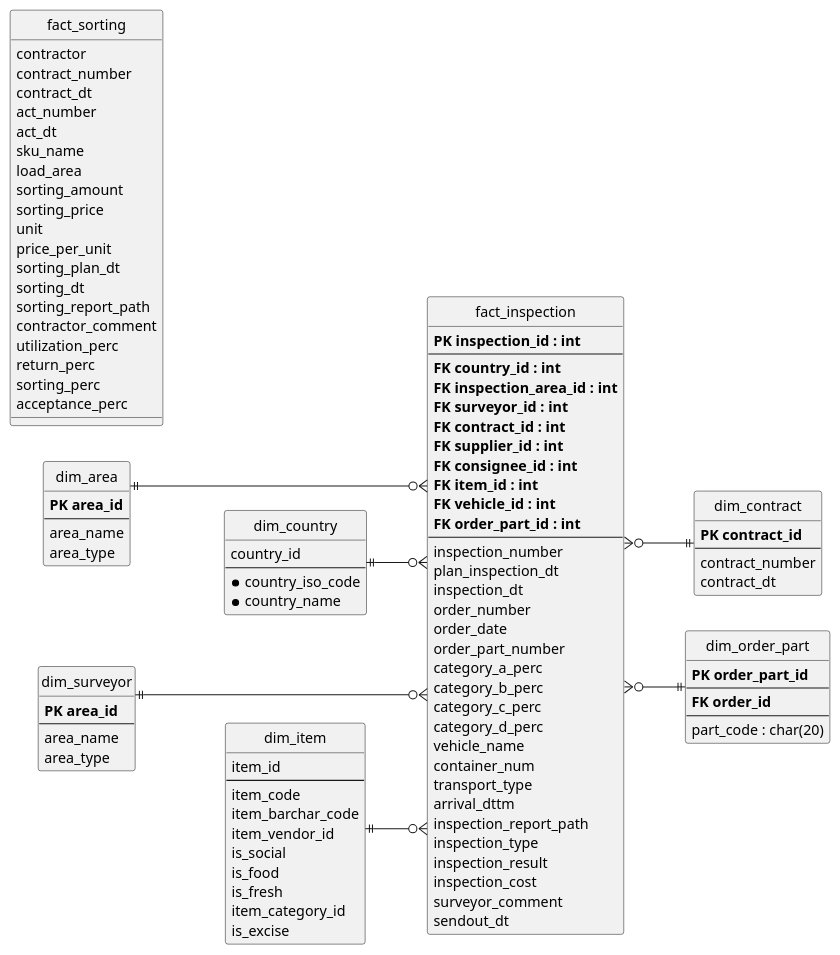
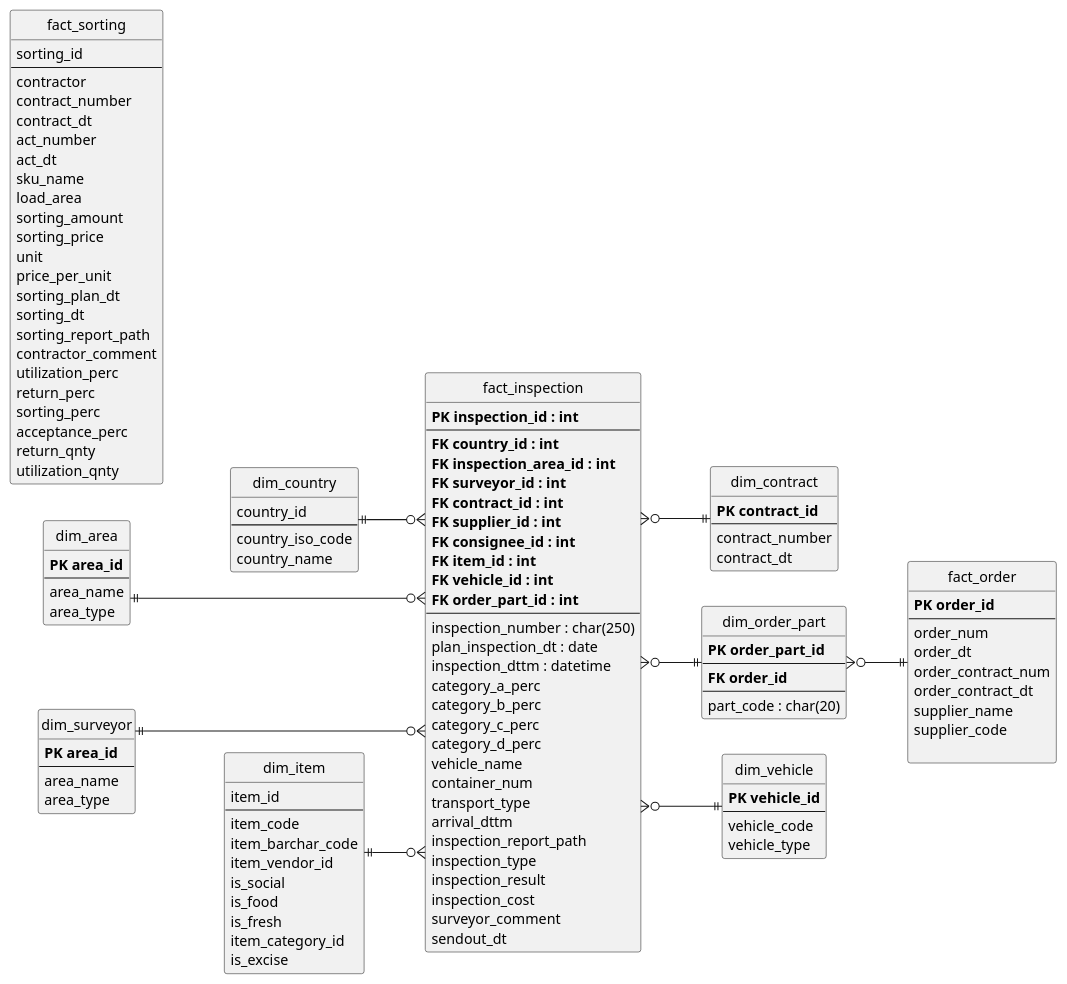
One commit to rsnlearn/karpov_hard_de_40 changed the diagram in 01_dwh_design/08_project/erd/inspections_dimensional_modelling.puml. Above: the diagram before and after it, drawn with PlantUML. The commit also changed 1 other file, not shown here.

Commit message:
update erd

```diff
--- a/01_dwh_design/08_project/erd/inspections_dimensional_modelling.puml
+++ b/01_dwh_design/08_project/erd/inspections_dimensional_modelling.puml
@@ -1,126 +1,148 @@
 @startuml name "inspection dimensional modelling"
 ' hide the spot
 hide circle
 
 left to right direction
 
 ' avoid problems with angled crows feet
 skinparam linetype ortho
 
 entity fact_inspection {
     **PK inspection_id : int**
     --
     **FK country_id : int**
     **FK inspection_area_id : int**
     **FK surveyor_id : int**
     **FK contract_id : int**
     **FK supplier_id : int**
     **FK consignee_id : int**
     **FK item_id : int**
     **FK vehicle_id : int**
     **FK order_part_id : int**
     --
-    inspection_number
-    plan_inspection_dt
-    inspection_dt
-    order_number
-    order_date
-    order_part_number
+    inspection_number : char(250)
+    plan_inspection_dt : date
+    inspection_dttm : datetime
     category_a_perc
     category_b_perc
     category_c_perc
     category_d_perc
     vehicle_name
     container_num
     transport_type
     arrival_dttm
     inspection_report_path
     inspection_type
     inspection_result
     inspection_cost
     surveyor_comment
     sendout_dt
 }
 
 entity dim_country {
     country_id
     --
-    * country_iso_code
-    * country_name
+    country_iso_code
+    country_name
 }
 
 entity dim_item {
     item_id
     --
     item_code
     item_barchar_code
     item_vendor_id
     is_social
     is_food
     is_fresh
     item_category_id
     is_excise
 }
 
 entity dim_area {
     **PK area_id**
     --
     area_name
     area_type
 }
 
 entity dim_surveyor {
     **PK area_id**
     --
     area_name
     area_type
 }
 
 entity dim_contract {
     **PK contract_id**
     --
     contract_number
     contract_dt
 }
 
-entity dim_order_part{
+entity fact_order {
+    **PK order_id**
+    --
+    order_num
+    order_dt
+    order_contract_num
+    order_contract_dt
+    supplier_name
+    supplier_code
+
+}
+
+entity dim_order_part {
     **PK order_part_id**
     --
     **FK order_id**
     --
     part_code : char(20)
 }
 
+entity dim_vehicle {
+    **PK vehicle_id**
+    --
+    vehicle_code
+    vehicle_type
+}
+
 entity fact_sorting {
+    sorting_id
+    --
     contractor
     contract_number
     contract_dt
     act_number
     act_dt
     sku_name
     load_area
     sorting_amount
     sorting_price
     unit
     price_per_unit
     sorting_plan_dt
     sorting_dt
     sorting_report_path
     contractor_comment
     utilization_perc
     return_perc
     sorting_perc
     acceptance_perc
+    return_qnty
+    utilization_qnty
 }
 
 dim_area ||..[hidden]|| dim_country
 dim_surveyor ||..[hidden]|| dim_item
-'dim_country ||-down[hidden]|| dim_item
+dim_country ||-down[hidden]|| dim_item
 dim_area ||--o{ fact_inspection
 dim_country ||--o{ fact_inspection
 dim_item ||--o{ fact_inspection
 dim_surveyor ||--o{ fact_inspection
 fact_inspection }o--|| dim_contract
 fact_inspection }o--|| dim_order_part
+fact_inspection }o--|| dim_vehicle
+dim_order_part }o--|| fact_order
 
 @enduml
```
